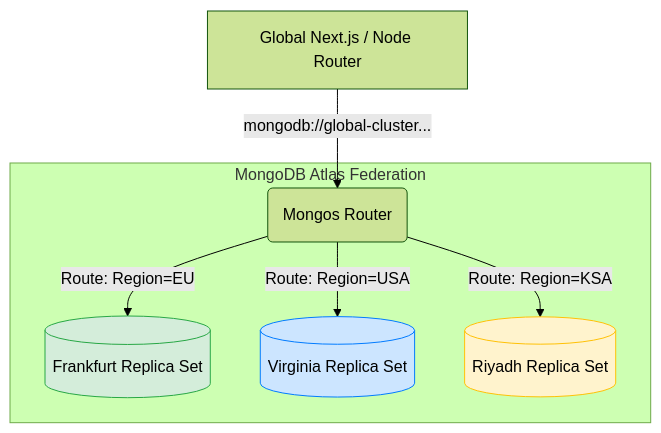
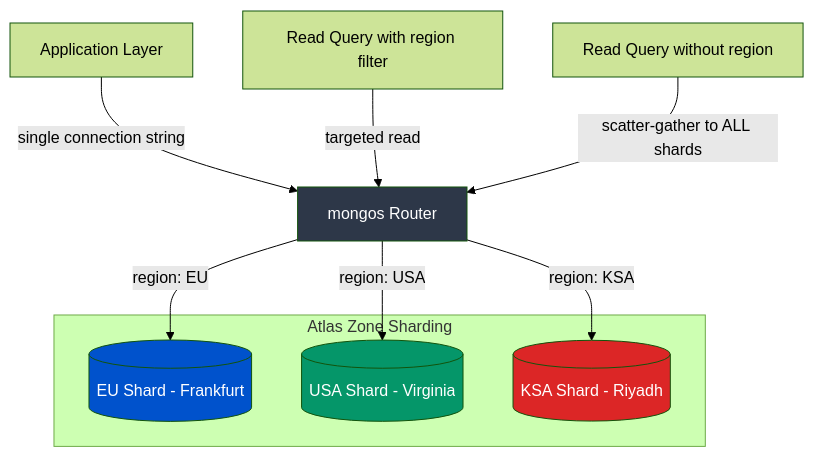
Before and after one commit to sudhanshu1402/system-design-portal: the diagram in src/pages/mongo-sharding.mdx, drawn with Mermaid (forest theme). The commit also changed other lines of this file and 5 other files, not shown here.

````diff
--- a/src/pages/mongo-sharding.mdx
+++ b/src/pages/mongo-sharding.mdx
@@ -7,14 +17,21 @@
 ```mermaid
-graph TD
-    App[Global Next.js / Node Router] --> |mongodb://global-cluster...| Router(Mongos Router)
+graph TB
+    App[Application Layer] -->|single connection string| Mongos[mongos Router]
+    Mongos -->|region: EU| EU[(EU Shard - Frankfurt)]
+    Mongos -->|region: USA| USA[(USA Shard - Virginia)]
+    Mongos -->|region: KSA| KSA[(KSA Shard - Riyadh)]
 
-    subgraph "MongoDB Atlas Federation"
-        Router --> |Route: Region=EU| EUShard[(Frankfurt Replica Set)]
-        Router --> |Route: Region=USA| USShard[(Virginia Replica Set)]
-        Router --> |Route: Region=KSA| KSAShard[(Riyadh Replica Set)]
+    App2[Read Query with region filter] -->|targeted read| Mongos
+    App3[Read Query without region] -->|scatter-gather to ALL shards| Mongos
+
+    subgraph "Atlas Zone Sharding"
+        EU
+        USA
+        KSA
     end
 
-    style EUShard fill:#d4edda,stroke:#28a745
-    style USShard fill:#cce5ff,stroke:#007bff
-    style KSAShard fill:#fff3cd,stroke:#ffc107
+    style Mongos fill:#2d3748,color:#fff
+    style EU fill:#0052cc,color:#fff
+    style USA fill:#059669,color:#fff
+    style KSA fill:#dc2626,color:#fff
 ```
````
